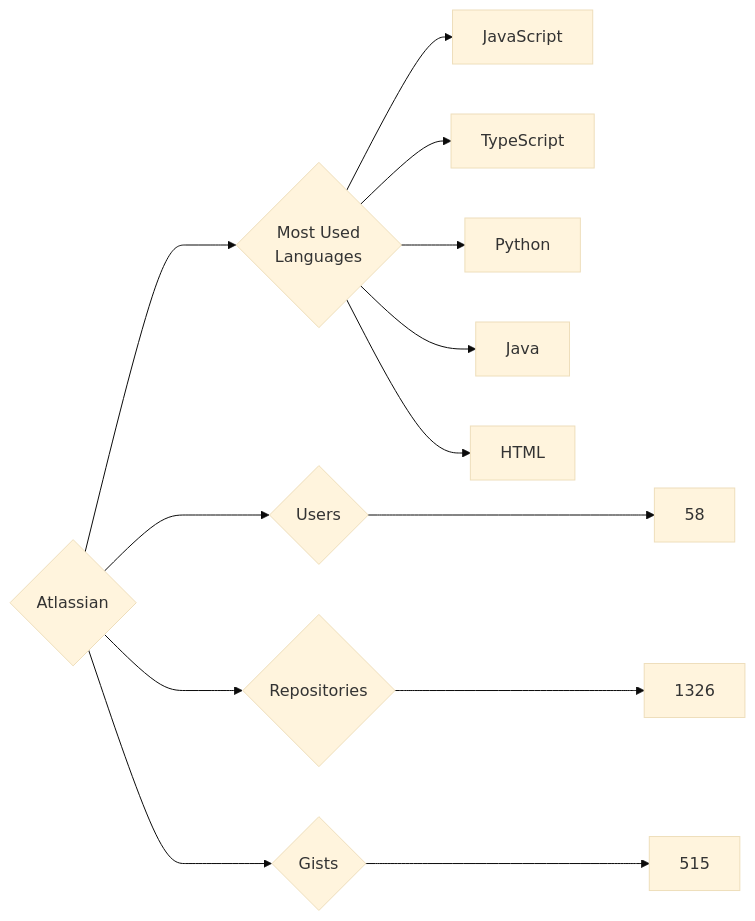
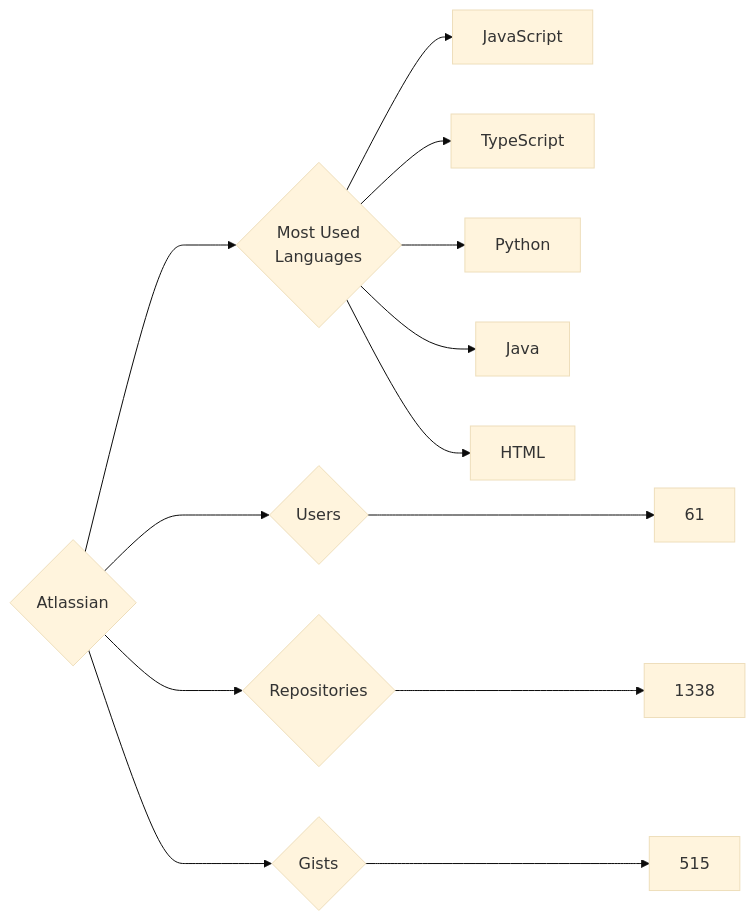
One commit to trickest/insiders changed the diagram in targets/Atlassian/README.md. Above: the diagram before and after it, drawn with Mermaid (base theme). The commit also changed 900 other files, not shown here.

````diff
--- a/targets/Atlassian/README.md
+++ b/targets/Atlassian/README.md
@@ -3,13 +3,13 @@
 ```mermaid
 graph LR
 COMPANY_NAME{Atlassian}
-COMPANY_NAME ---> U{Users} ---> UN[58]
-COMPANY_NAME ---> R{Repositories} ---> RN[1326]
+COMPANY_NAME ---> U{Users} ---> UN[61]
+COMPANY_NAME ---> R{Repositories} ---> RN[1338]
 COMPANY_NAME ---> G{Gists} ---> GN[515]
 COMPANY_NAME ---> ML{Most Used<br>Languages}
 ML --> JavaScript[JavaScript]
 ML --> TypeScript[TypeScript]
 ML --> Python[Python]
 ML --> Java[Java]
 ML --> HTML[HTML]
 ```
````
